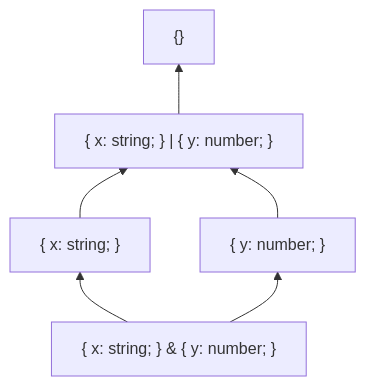
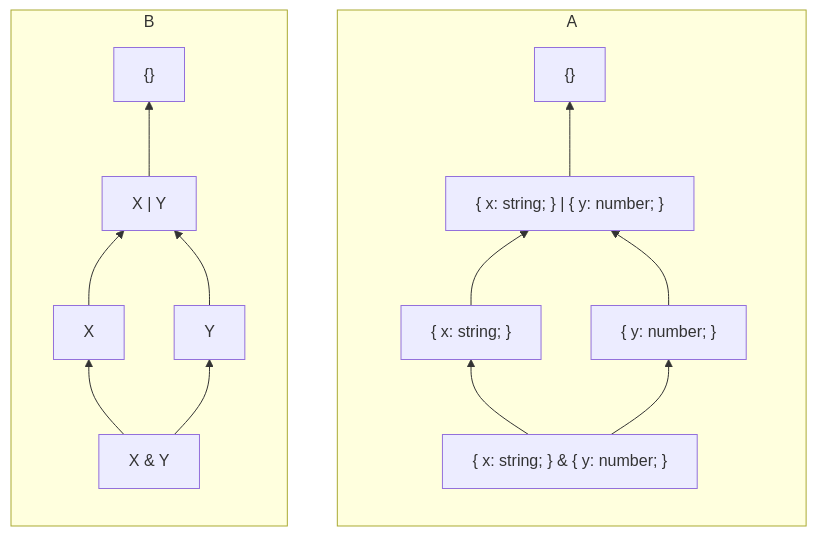
One commit to yo-goto/zenn-public-repo changed diagram 14 of 24 in books/algebraic-subtyping-models/6-ast-set-theoretic-model.md. Above: the diagram before and after it, drawn with Mermaid. The commit also changed other lines of this file, not shown here.

````diff
--- a/books/algebraic-subtyping-models/6-ast-set-theoretic-model.md
+++ b/books/algebraic-subtyping-models/6-ast-set-theoretic-model.md
@@ -622,13 +803,30 @@
 ```mermaid
 graph BT
+subgraph A
+  direction BT
   T["{}"]
   xy["{ x: string; } | { y: number; }"]
   X["{ x: string; }"]
   Y["{ y: number; }"]
   XY["{ x: string; } & { y: number; }"]
   XY --> Y
   XY --> X
   X --> xy
   Y --> xy
   xy --> T
+end
+
+subgraph B
+  direction BT
+  T2["{}"]
+  xy2["X | Y"]
+  X2["X"]
+  Y2["Y"]
+  XY2["X & Y"]
+  XY2 --> Y2
+  XY2 --> X2
+  X2 --> xy2
+  Y2 --> xy2
+  xy2 --> T2
+end
 ```
````
